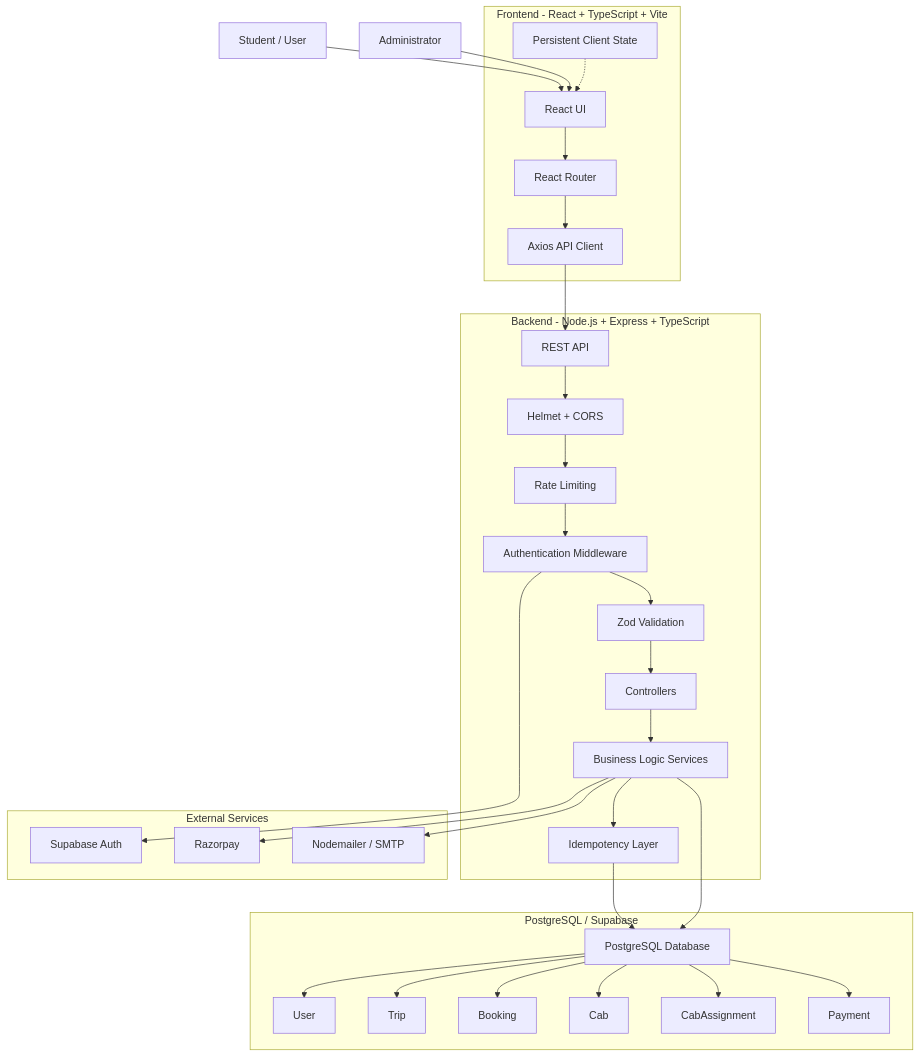
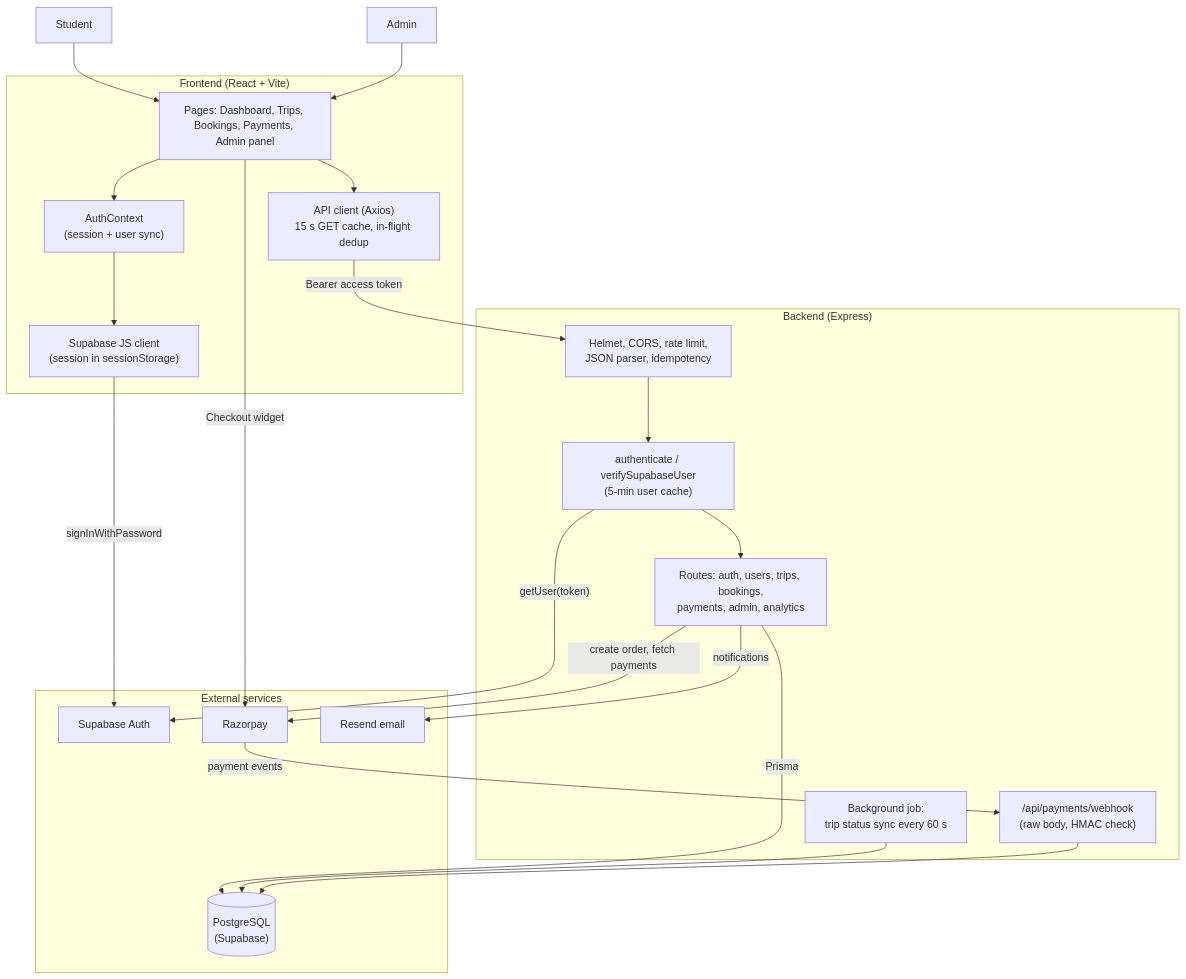
Before and after one commit to mobashshir-ubn-zainuddin/friday-cab-management: the first of 6 diagrams in README.md, drawn with Mermaid. The commit also changed other lines of this file and 2 other files, not shown here.

Commit message:
updated report and added syatem architecture and remove server's 5 minute cache if admin rights have been removed from any person which was leaving a securitry gap.

````diff
--- a/README.md
+++ b/README.md
@@ -162,70 +66,40 @@
 ```mermaid
 flowchart TB
-    User["Student / User"]
-    Admin["Administrator"]
+    Student["Student"] --> UI
+    Admin["Admin"] --> UI
 
-    subgraph Frontend["Frontend - React + TypeScript + Vite"]
-        UI["React UI"]
-        Router["React Router"]
-        Axios["Axios API Client"]
-        State["Persistent Client State"]
+    subgraph FE["Frontend (React + Vite)"]
+        UI["Pages: Dashboard, Trips, Bookings, Payments, Admin panel"]
+        AuthCtx["AuthContext<br/>(session + user sync)"]
+        ApiClient["API client (Axios)<br/>15 s GET cache, in-flight dedup"]
+        SBClient["Supabase JS client<br/>(session in sessionStorage)"]
+        UI --> AuthCtx --> SBClient
+        UI --> ApiClient
     end
 
-    subgraph Backend["Backend - Node.js + Express + TypeScript"]
-        API["REST API"]
-        Auth["Authentication Middleware"]
-        Validation["Zod Validation"]
-        RateLimit["Rate Limiting"]
-        Security["Helmet + CORS"]
-        Controllers["Controllers"]
-        Services["Business Logic Services"]
-        Idempotency["Idempotency Layer"]
+    subgraph BE["Backend (Express)"]
+        MW["Helmet, CORS, rate limit,<br/>JSON parser, idempotency"]
+        AuthMW["authenticate / verifySupabaseUser<br/>(5-min user cache)"]
+        Routes["Routes: auth, users, trips, bookings,<br/>payments, admin, analytics"]
+        Webhook["/api/payments/webhook<br/>(raw body, HMAC check)"]
+        Job["Background job:<br/>trip status sync every 60 s"]
+        MW --> AuthMW --> Routes
     end
 
-    subgraph Database["PostgreSQL / Supabase"]
-        DB["PostgreSQL Database"]
-        Users["User"]
-        Trips["Trip"]
-        Bookings["Booking"]
-        Cabs["Cab"]
-        Assignments["CabAssignment"]
-        Payments["Payment"]
+    subgraph EXT["External services"]
+        SBAuth["Supabase Auth"]
+        PG[("PostgreSQL<br/>(Supabase)")]
+        RZP["Razorpay"]
+        Resend["Resend email"]
     end
 
-    subgraph External["External Services"]
-        SupabaseAuth["Supabase Auth"]
-        Razorpay["Razorpay"]
-        Email["Nodemailer / SMTP"]
-    end
-
-    User --> UI
-    Admin --> UI
-
-    UI --> Router
-    Router --> Axios
-    Axios --> API
-
-    API --> Security
-    Security --> RateLimit
-    RateLimit --> Auth
-    Auth --> Validation
-    Validation --> Controllers
-    Controllers --> Services
-    Services --> Idempotency
-
-    Idempotency --> DB
-    Services --> DB
-
-    Auth --> SupabaseAuth
-    Services --> Razorpay
-    Services --> Email
-
-    DB --> Users
-    DB --> Trips
-    DB --> Bookings
-    DB --> Cabs
-    DB --> Assignments
-    DB --> Payments
-
-    State -.-> UI
+    SBClient -- "signInWithPassword" --> SBAuth
+    ApiClient -- "Bearer access token" --> MW
+    AuthMW -- "getUser(token)" --> SBAuth
+    Routes -- "Prisma" --> PG
+    Job --> PG
+    Routes -- "create order, fetch payments" --> RZP
+    RZP -- "payment events" --> Webhook --> PG
+    Routes -- "notifications" --> Resend
+    UI -- "Checkout widget" --> RZP
 ```
````
